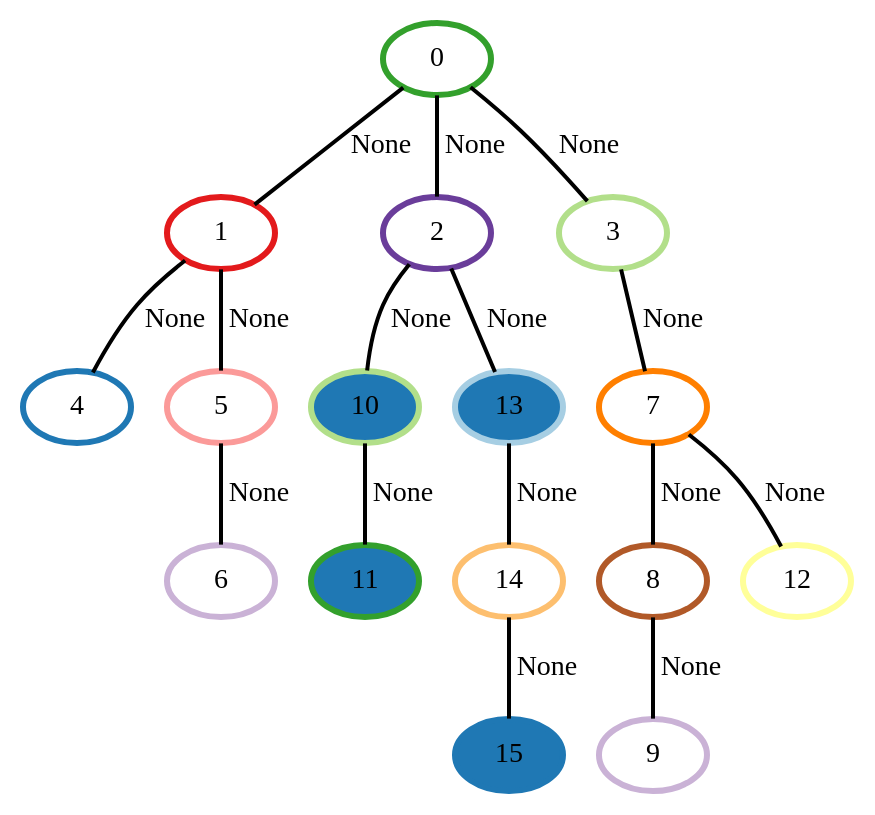
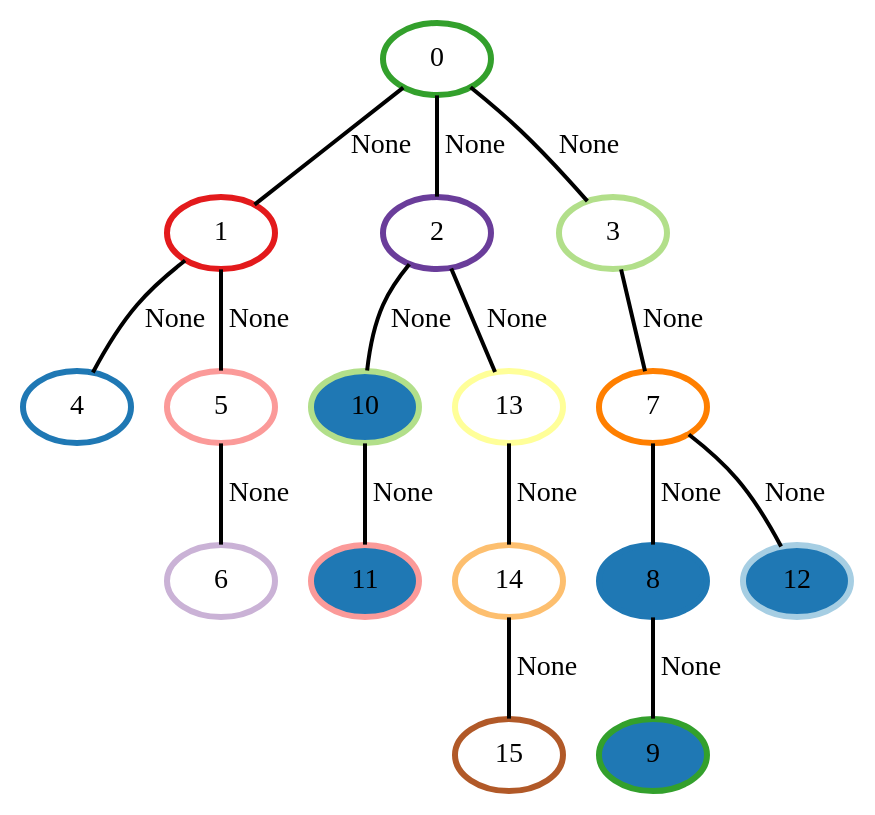
Before and after one commit to Alex314-dev/graphisomorphism: the diagram in Colored/colorref_smallexample_4_16-2.dot, drawn with Graphviz. The commit also changed 2 other files, not shown here.

```diff
--- a/Colored/colorref_smallexample_4_16-2.dot
+++ b/Colored/colorref_smallexample_4_16-2.dot
@@ -1,34 +1,34 @@
 graph G {
     0 [penwidth=3,label="0",color=4, colorscheme=paired12]
     1 [penwidth=3,label="1",color=6, colorscheme=paired12]
     2 [penwidth=3,label="2",color=10, colorscheme=paired12]
     3 [penwidth=3,label="3",color=3, colorscheme=paired12]
     4 [penwidth=3,label="4",color=2, colorscheme=paired12]
     5 [penwidth=3,label="5",color=5, colorscheme=paired12]
     6 [penwidth=3,label="6",color=9, colorscheme=paired12]
     7 [penwidth=3,label="7",color=8, colorscheme=paired12]
-    8 [penwidth=3,label="8",color=12, colorscheme=paired12]
-    9 [penwidth=3,label="9",color=9, colorscheme=paired12]
+    8 [penwidth=3,label="8",color=2, colorscheme=paired12,style=filled,fillcolor=2]
+    9 [penwidth=3,label="9",color=4, colorscheme=paired12,style=filled,fillcolor=2]
     10 [penwidth=3,label="10",color=3, colorscheme=paired12,style=filled,fillcolor=2]
-    11 [penwidth=3,label="11",color=4, colorscheme=paired12,style=filled,fillcolor=2]
-    12 [penwidth=3,label="12",color=11, colorscheme=paired12]
-    13 [penwidth=3,label="13",color=1, colorscheme=paired12,style=filled,fillcolor=2]
+    11 [penwidth=3,label="11",color=5, colorscheme=paired12,style=filled,fillcolor=2]
+    12 [penwidth=3,label="12",color=1, colorscheme=paired12,style=filled,fillcolor=2]
+    13 [penwidth=3,label="13",color=11, colorscheme=paired12]
     14 [penwidth=3,label="14",color=7, colorscheme=paired12]
-    15 [penwidth=3,label="15",color=2, colorscheme=paired12,style=filled,fillcolor=2]
+    15 [penwidth=3,label="15",color=12, colorscheme=paired12]
 
     0--1 [penwidth=2,label="None"]
     1--4 [penwidth=2,label="None"]
     1--5 [penwidth=2,label="None"]
     5--6 [penwidth=2,label="None"]
     0--2 [penwidth=2,label="None"]
     2--10 [penwidth=2,label="None"]
     2--13 [penwidth=2,label="None"]
     10--11 [penwidth=2,label="None"]
     13--14 [penwidth=2,label="None"]
     14--15 [penwidth=2,label="None"]
     0--3 [penwidth=2,label="None"]
     3--7 [penwidth=2,label="None"]
     7--8 [penwidth=2,label="None"]
     7--12 [penwidth=2,label="None"]
     8--9 [penwidth=2,label="None"]
 }
```
